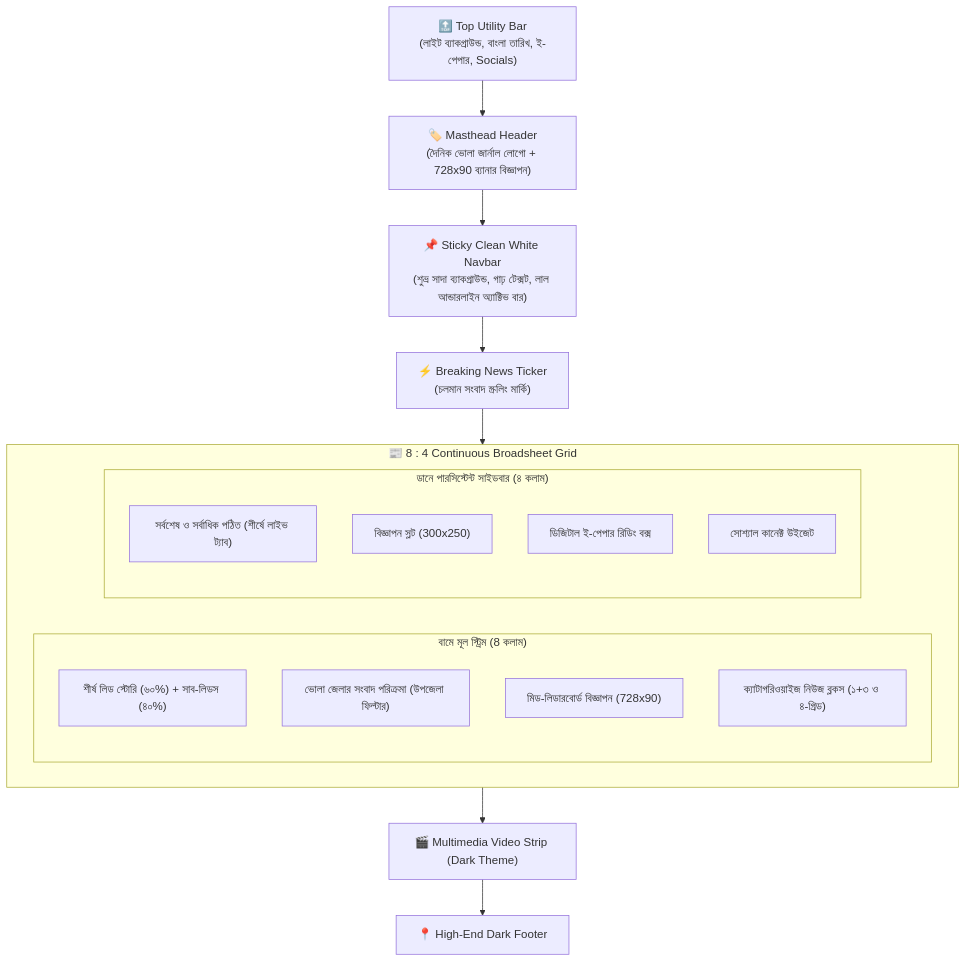
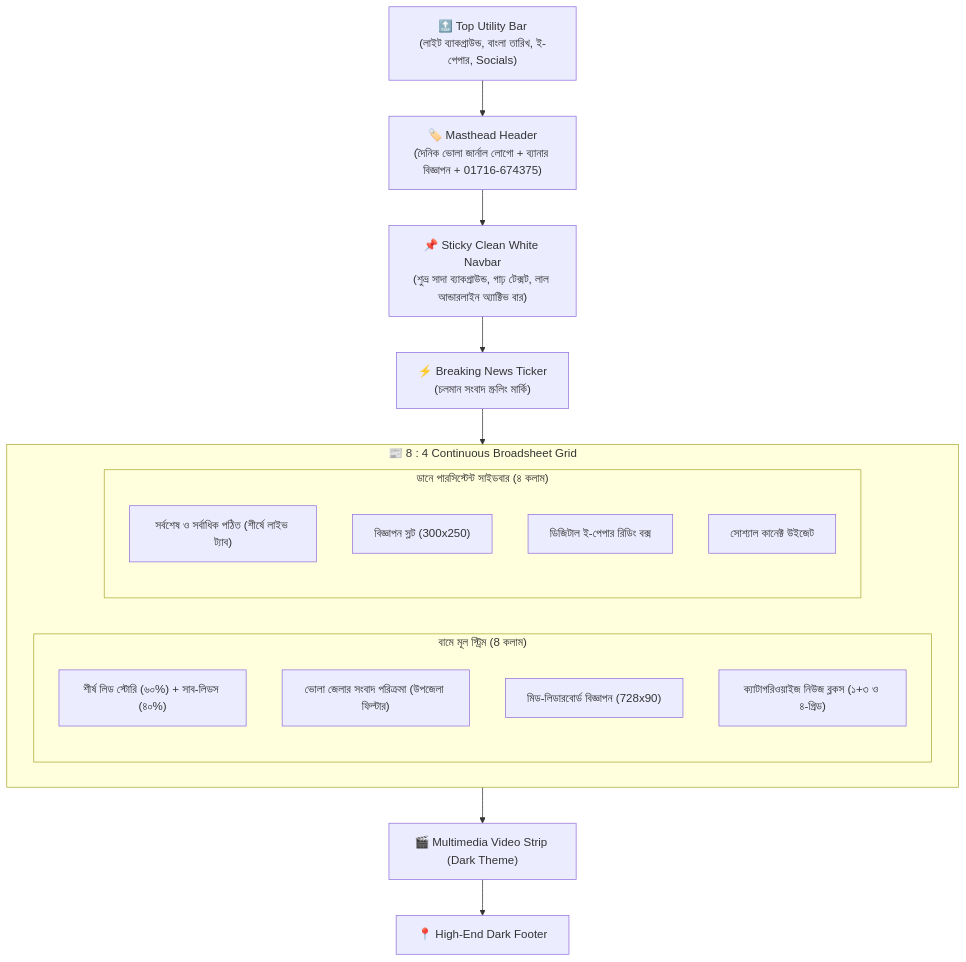
Before and after one commit to SRahul353/dailybholajournal: the diagram in AntiGr.md, drawn with Mermaid. The commit also changed other lines of this file and 17 other files, not shown here.

````diff
--- a/AntiGr.md
+++ b/AntiGr.md
@@ -67,29 +62,29 @@
 ```mermaid
 flowchart TD
     A["🔝 Top Utility Bar<br/>(লাইট ব্যাকগ্রাউন্ড, বাংলা তারিখ, ই-পেপার, Socials)"]
-    B["🏷️ Masthead Header<br/>(দৈনিক ভোলা জার্নাল লোগো + 728x90 ব্যানার বিজ্ঞাপন)"]
+    B["🏷️ Masthead Header<br/>(দৈনিক ভোলা জার্নাল লোগো + ব্যানার বিজ্ঞাপন + 01716-674375)"]
     C["📌 Sticky Clean White Navbar<br/>(শুভ্র সাদা ব্যাকগ্রাউন্ড, গাঢ় টেক্সট, লাল আন্ডারলাইন অ্যাক্টিভ বার)"]
     D["⚡ Breaking News Ticker<br/>(চলমান সংবাদ স্ক্রলিং মার্কি)"]
     
     subgraph BODY["📰 8 : 4 Continuous Broadsheet Grid"]
         subgraph MAIN_COL["বামে মূল স্ট্রিম (8 কলাম)"]
             E1["শীর্ষ লিড স্টোরি (৬০%) + সাব-লিডস (৪০%)"]
             E2["ভোলা জেলার সংবাদ পরিক্রমা (উপজেলা ফিল্টার)"]
             E3["মিড-লিডারবোর্ড বিজ্ঞাপন (728x90)"]
             E4["ক্যাটাগরিওয়াইজ নিউজ ব্লকস (১+৩ ও ৪-গ্রিড)"]
         end
         
         subgraph SIDEBAR["ডানে পারসিস্টেন্ট সাইডবার (৪ কলাম)"]
             S1["সর্বশেষ ও সর্বাধিক পঠিত (শীর্ষে লাইভ ট্যাব)"]
             S2["বিজ্ঞাপন স্লট (300x250)"]
             S3["ডিজিটাল ই-পেপার রিডিং বক্স"]
             S4["সোশ্যাল কানেক্ট উইজেট"]
         end
     end
     
     F["🎬 Multimedia Video Strip (Dark Theme)"]
     G["📍 High-End Dark Footer"]
 
     A --> B --> C --> D --> BODY
     BODY --> F --> G
 ```
````
